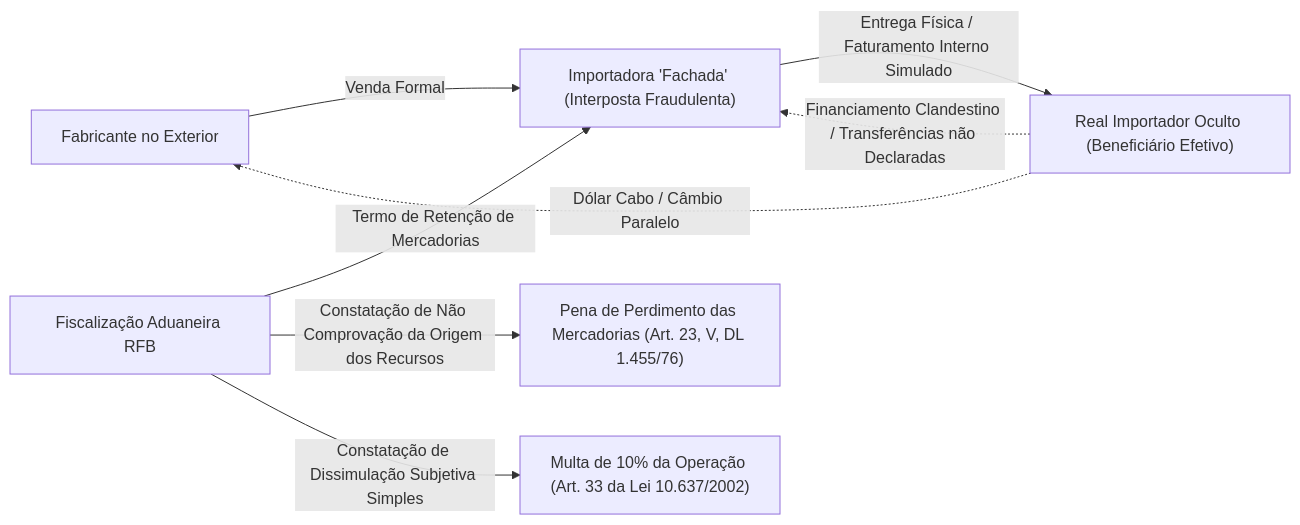
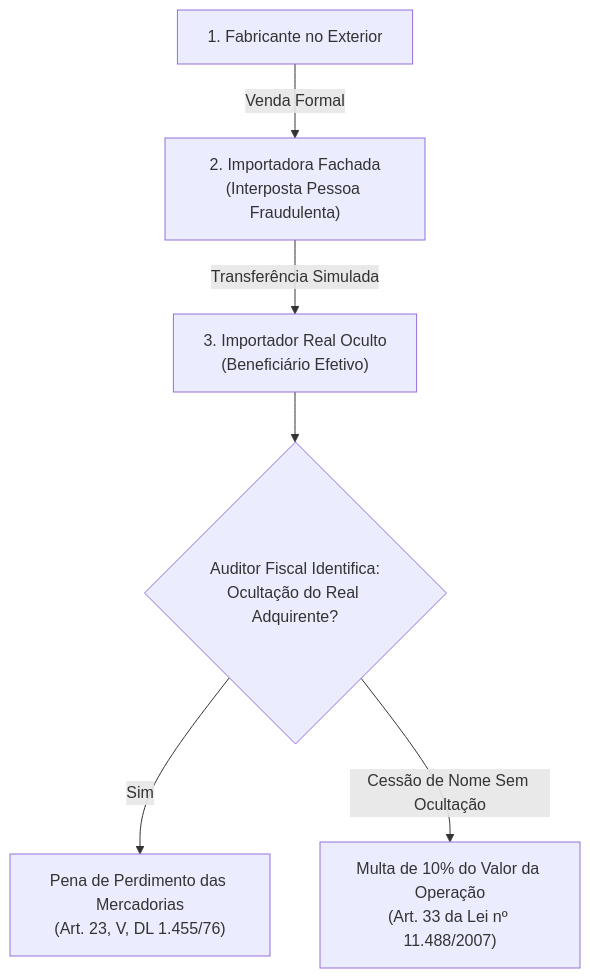
Before and after one commit to gilsonnogueira/OpenConcursos: the sixth of 8 diagrams in docs/19-auditoria/06-auditoria-fiscal-tributaria/03-arbitramento-de-lucro-e-fluxo-de-caixa.md, drawn with Mermaid. The commit also changed 17 other files, not shown here.

Commit message:
style(diagrams): verticaliza todos os diagramas Mermaid para legibilidade em painel vertical

````diff
--- a/docs/19-auditoria/06-auditoria-fiscal-tributaria/03-arbitramento-de-lucro-e-fluxo-de-caixa.md
+++ b/docs/19-auditoria/06-auditoria-fiscal-tributaria/03-arbitramento-de-lucro-e-fluxo-de-caixa.md
@@ -238,10 +238,9 @@
 ```mermaid
-flowchart LR
-    A["Fabricante no Exterior"] -->|Venda Formal| B["Importadora 'Fachada' (Interposta Fraudulenta)"]
-    B -->|Entrega Física / Faturamento Interno Simulado| C["Real Importador Oculto (Beneficiário Efetivo)"]
-    C -.->|Financiamento Clandestino / Transferências não Declaradas| B
-    C -.->|Dólar Cabo / Câmbio Paralelo| A
-    D["Fiscalização Aduaneira RFB"] -->|Termo de Retenção de Mercadorias| B
-    D -->|Constatação de Não Comprovação da Origem dos Recursos| D1["Pena de Perdimento das Mercadorias (Art. 23, V, DL 1.455/76)"]
-    D -->|Constatação de Dissimulação Subjetiva Simples| D2["Multa de 10% da Operação (Art. 33 da Lei 10.637/2002)"]
+flowchart TD
+    A["1. Fabricante no Exterior"] -->|Venda Formal| B["2. Importadora Fachada<br/>(Interposta Pessoa Fraudulenta)"]
+    B -->|Transferência Simulada| C["3. Importador Real Oculto<br/>(Beneficiário Efetivo)"]
+    
+    C --> D{"Auditor Fiscal Identifica:<br/>Ocultação do Real Adquirente?"}
+    D -- Sim --> E["Pena de Perdimento das Mercadorias<br/>(Art. 23, V, DL 1.455/76)"]
+    D -- "Cessão de Nome Sem Ocultação" --> F["Multa de 10% do Valor da Operação<br/>(Art. 33 da Lei nº 11.488/2007)"]
 ```
````
